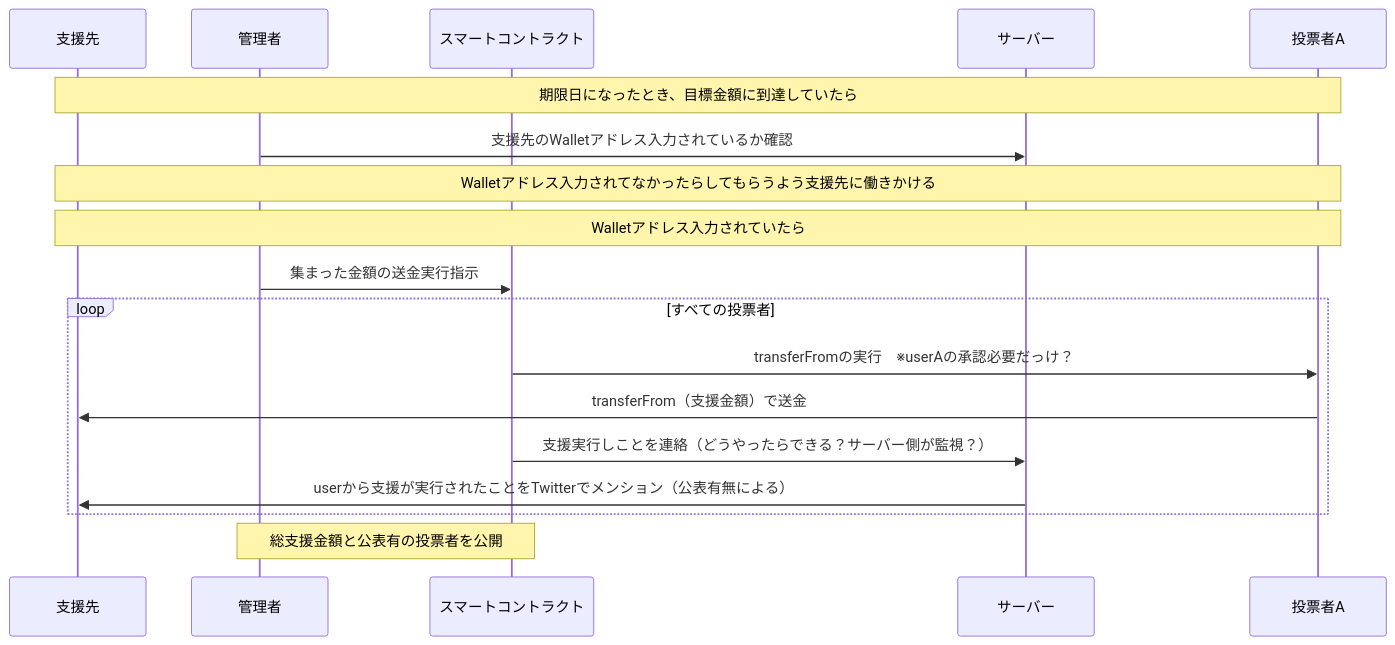
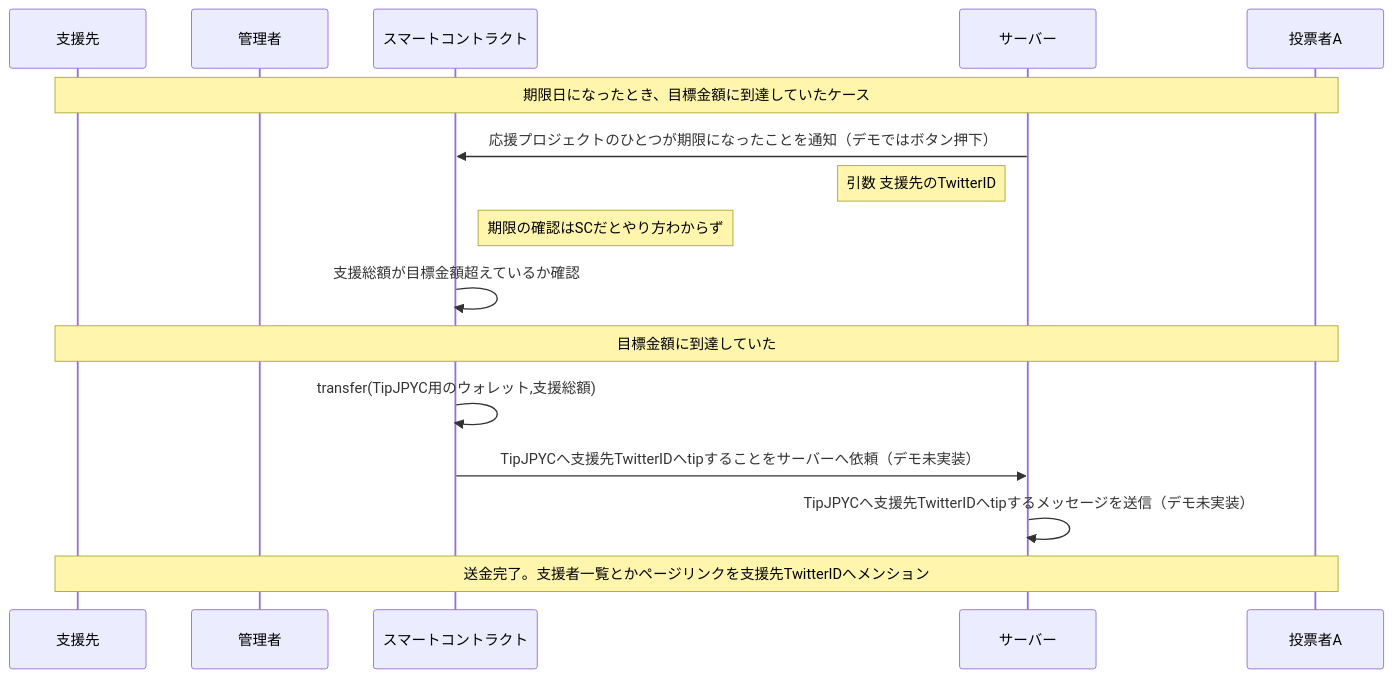
The second of 3 diagrams in 勝手に応援.md (demio-se/JPYC_hackathon), drawn with Mermaid before and after one commit. The commit also changed other lines of this file, not shown here.

Commit message:
支援成功したときのフローを修正

````diff
--- a/勝手に応援.md
+++ b/勝手に応援.md
@@ -25,21 +24,18 @@
 ```mermaid 
 sequenceDiagram
 participant sp as 支援先
 participant admin as 管理者
 participant sc as スマートコントラクト
 participant server as サーバー
 participant userA as 投票者A
-Note over sp,userA: 期限日になったとき、目標金額に到達していたら
-admin->>server: 支援先のWalletアドレス入力されているか確認
-Note over sp,userA: Walletアドレス入力されてなかったらしてもらうよう支援先に働きかける
-Note over sp,userA: Walletアドレス入力されていたら
-admin->>sc : 集まった金額の送金実行指示
-loop すべての投票者
-   sc->>userA: transferFromの実行　※userAの承認必要だっけ？
-   userA->>sp: transferFrom（支援金額）で送金
-   sc->>server: 支援実行しことを連絡（どうやったらできる？サーバー側が監視？）
-   server->>sp: userから支援が実行されたことをTwitterでメンション（公表有無による）
-   end
-
-Note over admin,sc: 総支援金額と公表有の投票者を公開
+Note over sp,userA: 期限日になったとき、目標金額に到達していたケース
+server->>sc: 応援プロジェクトのひとつが期限になったことを通知（デモではボタン押下）
+Note left of server: 引数 支援先のTwitterID
+Note right of sc: 期限の確認はSCだとやり方わからず
+sc->>sc: 支援総額が目標金額超えているか確認
+Note over sp,userA: 目標金額に到達していた
+sc->>sc: transfer(TipJPYC用のウォレット,支援総額)
+sc->>server: TipJPYCへ支援先TwitterIDへtipすることをサーバーへ依頼（デモ未実装）
+server->>server: TipJPYCへ支援先TwitterIDへtipするメッセージを送信（デモ未実装）
+Note over sp,userA: 送金完了。支援者一覧とかページリンクを支援先TwitterIDへメンション
 ```
````
